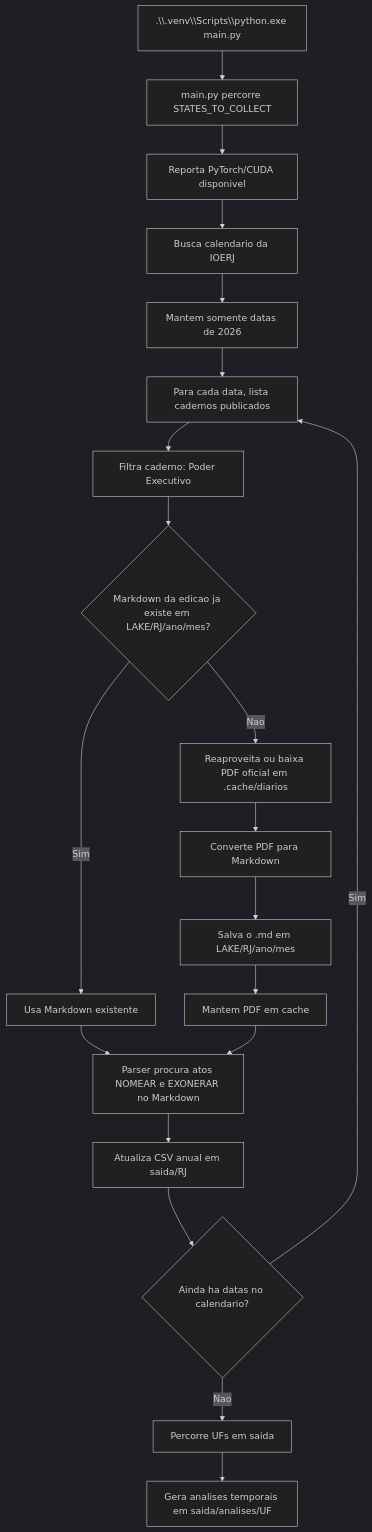
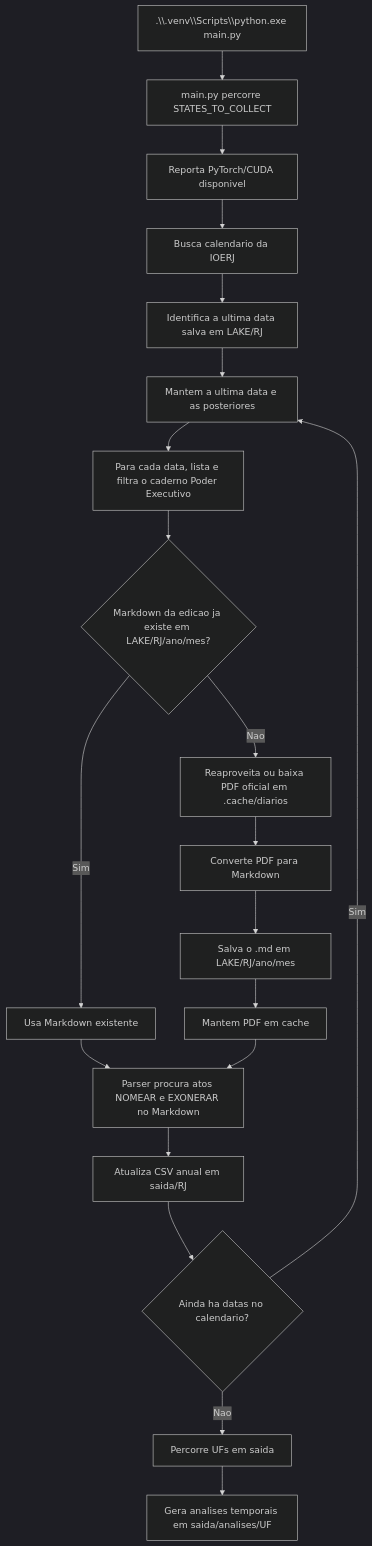
The diagram in README.md (0rakul0/exoneracoes_nomeacoes_dou), drawn with Mermaid (dark theme) before and after one commit. The commit also changed other lines of this file and 15 other files, not shown here.

````diff
--- a/README.md
+++ b/README.md
@@ -238,22 +238,22 @@
 ```mermaid
 flowchart TD
     A[".\\.venv\\Scripts\\python.exe main.py"] --> B["main.py percorre STATES_TO_COLLECT"]
     B --> C["Reporta PyTorch/CUDA disponivel"]
     C --> D["Busca calendario da IOERJ"]
-    D --> E["Mantem somente datas de 2026"]
-    E --> F["Para cada data, lista cadernos publicados"]
-    F --> G["Filtra caderno: Poder Executivo"]
+    D --> E["Identifica a ultima data salva em LAKE/RJ"]
+    E --> F["Mantem a ultima data e as posteriores"]
+    F --> G["Para cada data, lista e filtra o caderno Poder Executivo"]
     G --> H{"Markdown da edicao ja existe em LAKE/RJ/ano/mes?"}
     H -- "Sim" --> I["Usa Markdown existente"]
     H -- "Nao" --> J["Reaproveita ou baixa PDF oficial em .cache/diarios"]
     J --> K["Converte PDF para Markdown"]
     K --> L["Salva o .md em LAKE/RJ/ano/mes"]
     L --> M["Mantem PDF em cache"]
     I --> N["Parser procura atos NOMEAR e EXONERAR no Markdown"]
     M --> N
     N --> O["Atualiza CSV anual em saida/RJ"]
     O --> P{"Ainda ha datas no calendario?"}
     P -- "Sim" --> F
     P -- "Nao" --> Q["Percorre UFs em saida"]
     Q --> R["Gera analises temporais em saida/analises/UF"]
 ```
````
